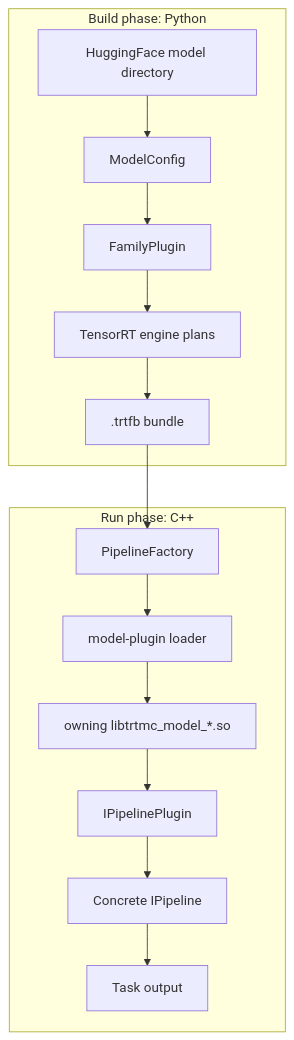
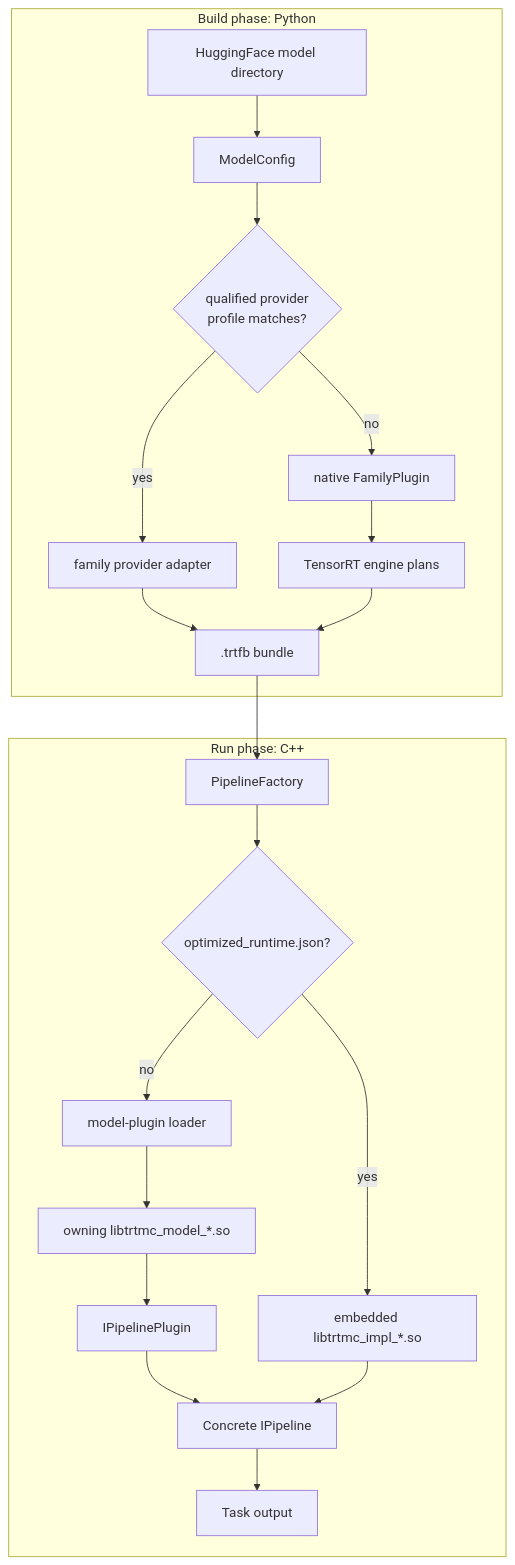
Before and after one commit to NVIDIA/TensorRT-Model-Connect: the second of 2 diagrams in website/docs/intro.md, drawn with Mermaid. The commit also changed other lines of this file and 76 other files, not shown here.

````diff
--- a/website/docs/intro.md
+++ b/website/docs/intro.md
@@ -55,18 +60,24 @@
 ```mermaid
 flowchart TB
   subgraph Build["Build phase: Python"]
     HF["HuggingFace model directory"] --> Config["ModelConfig"]
-    Config --> Family["FamilyPlugin"]
+    Config --> Route{"qualified provider<br/>profile matches?"}
+    Route -->|no| Family["native FamilyPlugin"]
     Family --> TRT["TensorRT engine plans"]
-    TRT --> Bundle[".trtfb bundle"]
+    Route -->|yes| Provider["family provider adapter"]
+    Provider --> Bundle[".trtfb bundle"]
+    TRT --> Bundle
   end
 
   subgraph Run["Run phase: C++"]
     Bundle --> Factory["PipelineFactory"]
-    Factory --> Loader["model-plugin loader"]
+    Factory --> Kind{"optimized_runtime.json?"}
+    Kind -->|no| Loader["model-plugin loader"]
     Loader --> DSO["owning libtrtmc_model_*.so"]
     DSO --> Plugin["IPipelinePlugin"]
+    Kind -->|yes| Optimized["embedded libtrtmc_impl_*.so"]
     Plugin --> Runtime["Concrete IPipeline"]
+    Optimized --> Runtime
     Runtime --> Output["Task output"]
   end
 ```
````
